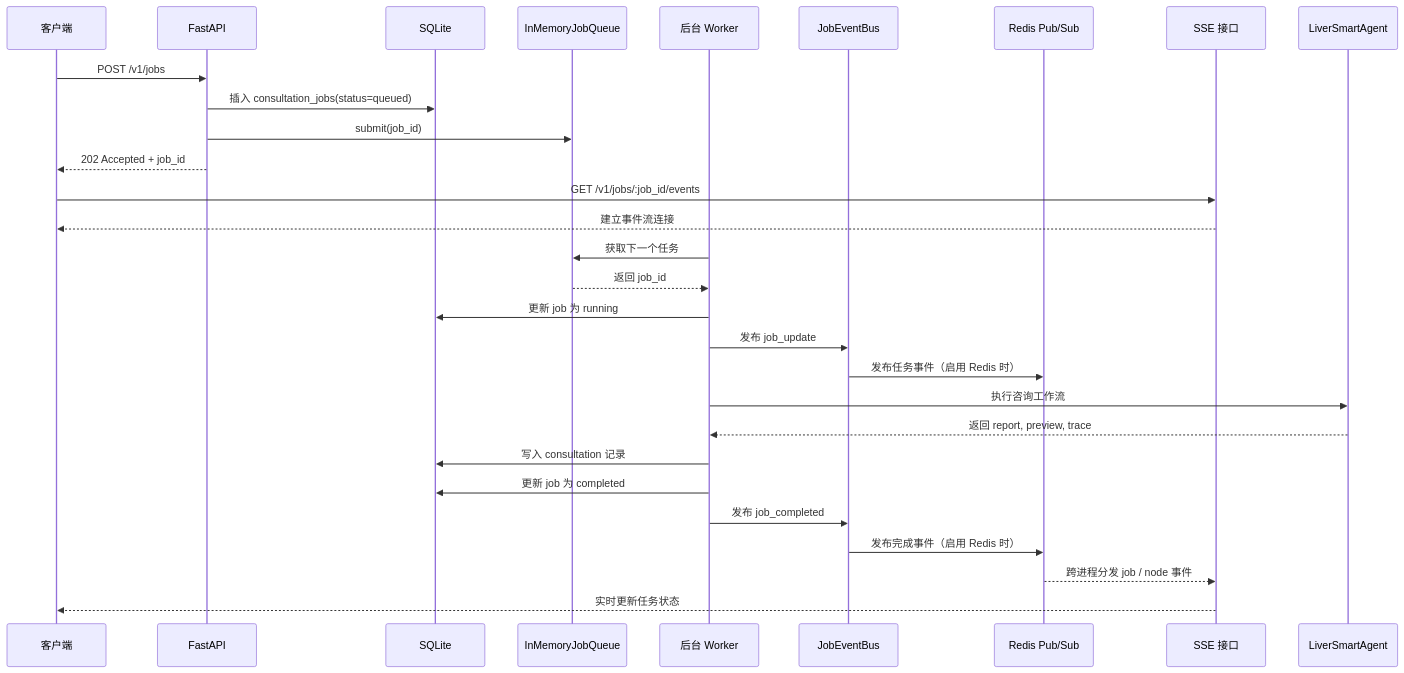
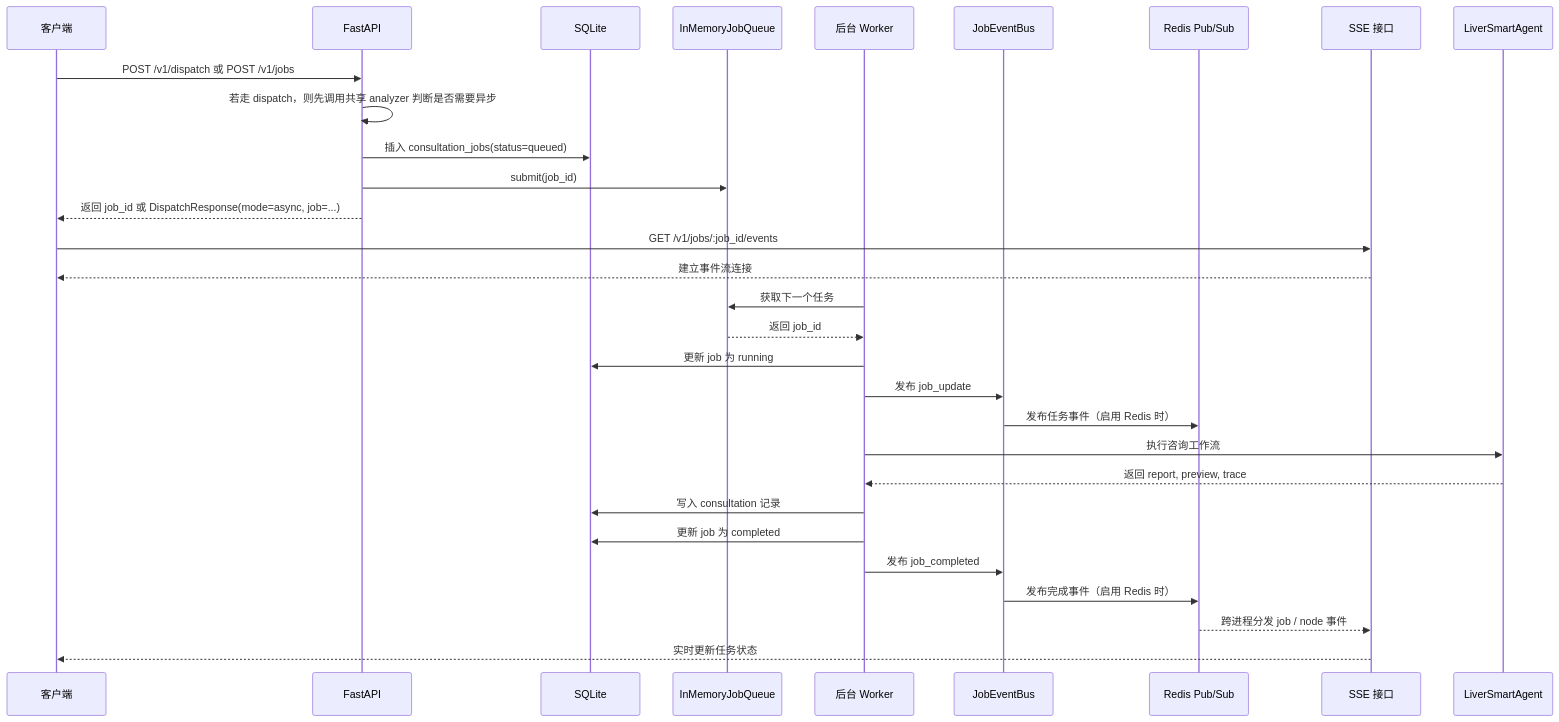
One commit to jiliguluhua/liver_rag changed the fifth of 9 diagrams in docs/backend_architecture.md. Above: the diagram before and after it, drawn with Mermaid. The commit also changed other lines of this file, not shown here.

````diff
--- a/docs/backend_architecture.md
+++ b/docs/backend_architecture.md
@@ -79,34 +105,36 @@
 ```mermaid
 sequenceDiagram
     participant Client as 客户端
     participant API as FastAPI
     participant DB as SQLite
     participant Queue as InMemoryJobQueue
     participant Worker as 后台 Worker
     participant Bus as JobEventBus
     participant Redis as Redis Pub/Sub
     participant SSE as SSE 接口
     participant Agent as LiverSmartAgent
 
-    Client->>API: POST /v1/jobs
+    Client->>API: POST /v1/dispatch 或 POST /v1/jobs
+    API->>API: 若走 dispatch，则先调用共享 analyzer 判断是否需要异步
     API->>DB: 插入 consultation_jobs(status=queued)
     API->>Queue: submit(job_id)
-    API-->>Client: 202 Accepted + job_id
+    API-->>Client: 返回 job_id 或 DispatchResponse(mode=async, job=...)
+
 
     Client->>SSE: GET /v1/jobs/:job_id/events
     SSE-->>Client: 建立事件流连接
 
     Worker->>Queue: 获取下一个任务
     Queue-->>Worker: 返回 job_id
     Worker->>DB: 更新 job 为 running
     Worker->>Bus: 发布 job_update
     Bus->>Redis: 发布任务事件（启用 Redis 时）
     Worker->>Agent: 执行咨询工作流
     Agent-->>Worker: 返回 report, preview, trace
     Worker->>DB: 写入 consultation 记录
     Worker->>DB: 更新 job 为 completed
     Worker->>Bus: 发布 job_completed
     Bus->>Redis: 发布完成事件（启用 Redis 时）
     Redis-->>SSE: 跨进程分发 job / node 事件
     SSE-->>Client: 实时更新任务状态
 ```
````
